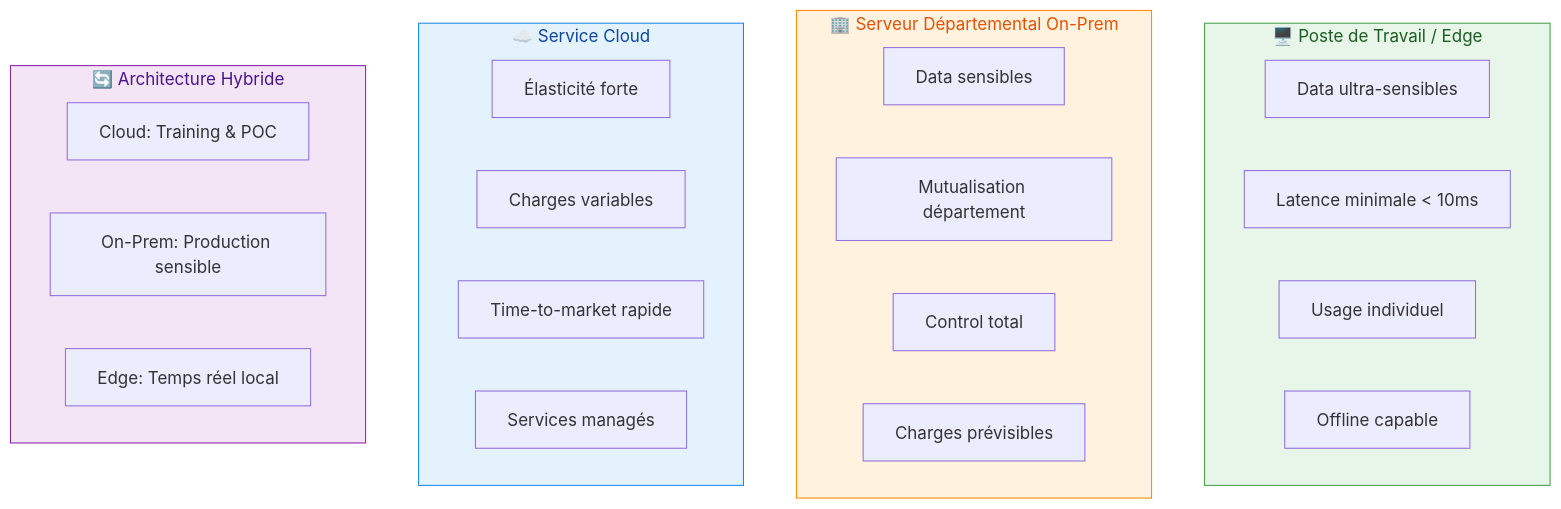
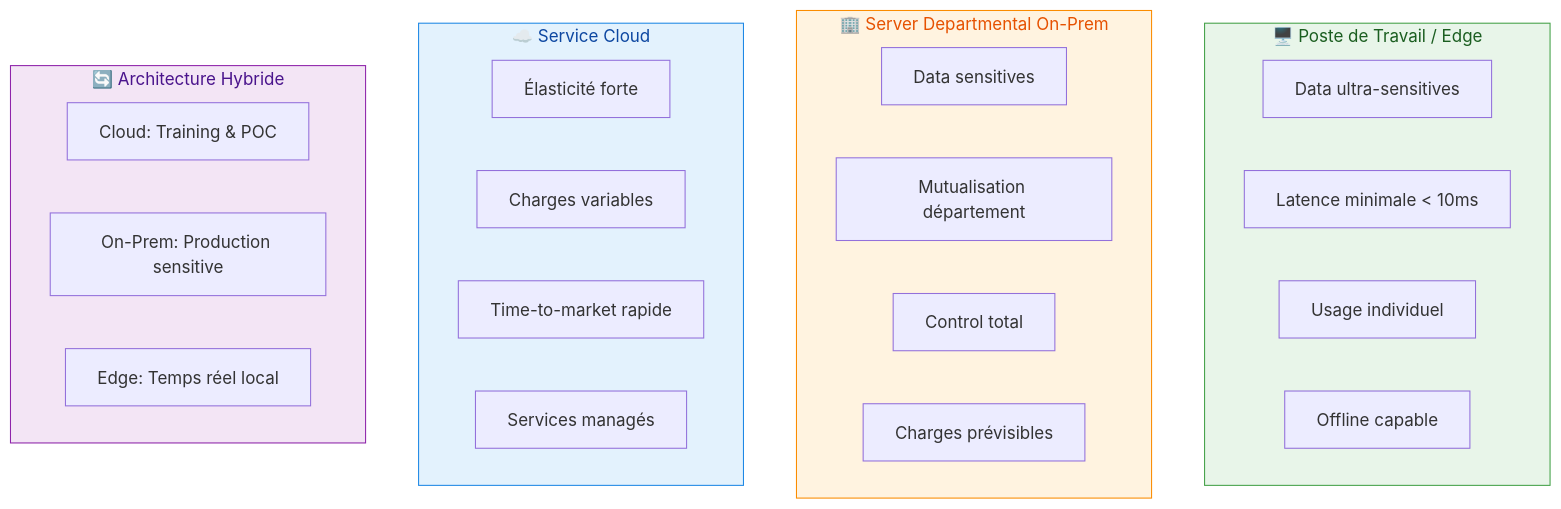
The diagram in docs/infrastructure/deployment-models.md (brunseba/ai-tech-watch), drawn with Mermaid before and after one commit. The commit also changed other lines of this file and 24 other files, not shown here.

````diff
--- a/docs/infrastructure/deployment-models.md
+++ b/docs/infrastructure/deployment-models.md
@@ -70,34 +70,34 @@
 ```mermaid
 graph TB
     subgraph Edge["🖥️ Poste de Travail / Edge"]
-        E1[Data ultra-sensibles]
+        E1[Data ultra-sensitives]
         E2[Latence minimale < 10ms]
         E3[Usage individuel]
         E4[Offline capable]
     end
     
-    subgraph OnPrem["🏢 Serveur Départemental On-Prem"]
-        O1[Data sensibles]
+    subgraph OnPrem["🏢 Server Departmental On-Prem"]
+        O1[Data sensitives]
         O2[Mutualisation département]
         O3[Control total]
         O4[Charges prévisibles]
     end
     
     subgraph Cloud["☁️ Service Cloud"]
         C1[Élasticité forte]
         C2[Charges variables]
         C3[Time-to-market rapide]
         C4[Services managés]
     end
     
     subgraph Hybrid["🔄 Architecture Hybride"]
         H1[Cloud: Training & POC]
-        H2[On-Prem: Production sensible]
+        H2[On-Prem: Production sensitive]
         H3[Edge: Temps réel local]
     end
     
     style Edge fill:#e8f5e9,stroke:#43a047,color:#1b5e20
     style OnPrem fill:#fff3e0,stroke:#fb8c00,color:#e65100
     style Cloud fill:#e3f2fd,stroke:#1e88e5,color:#0d47a1
     style Hybrid fill:#f3e5f5,stroke:#8e24aa,color:#4a148c
 ```
````
